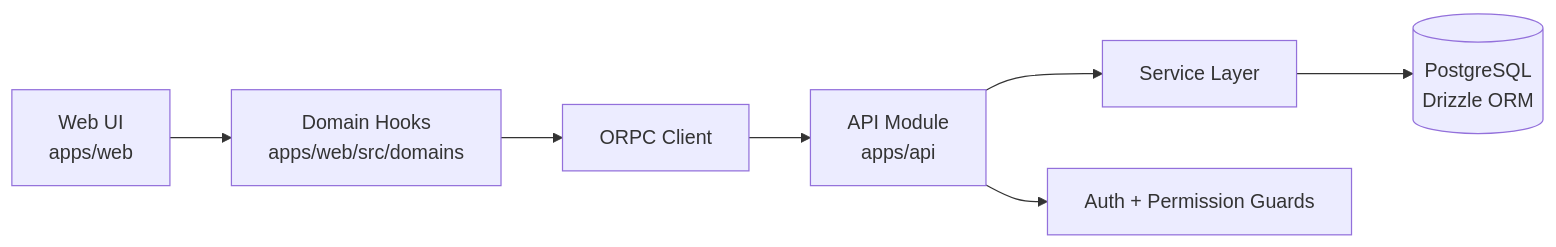
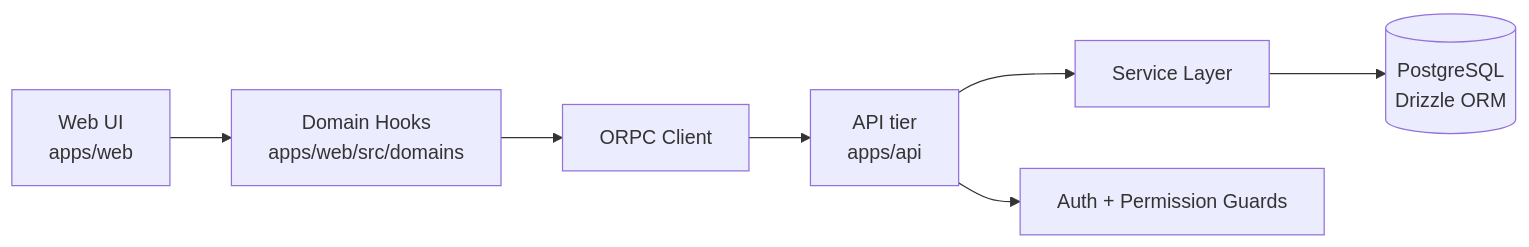
Before and after one commit to N0SAFE/deployer: the first of 2 diagrams in apps/doc/content/docs/architecture/architecture.mdx, drawn with Mermaid. The commit also changed other lines of this file and 3565 other files, not shown here.

````diff
--- a/apps/doc/content/docs/architecture/architecture.mdx
+++ b/apps/doc/content/docs/architecture/architecture.mdx
@@ -29,9 +29,9 @@
 ```mermaid
 flowchart LR
 	UI[Web UI\napps/web] --> HK[Domain Hooks\napps/web/src/domains]
 	HK --> ORPC[ORPC Client]
-	ORPC --> API[API Module\napps/api]
+	ORPC --> API[API tier\napps/api]
 	API --> SV[Service Layer]
 	SV --> DB[(PostgreSQL\nDrizzle ORM)]
 	API --> AUTH[Auth + Permission Guards]
 ```
````
